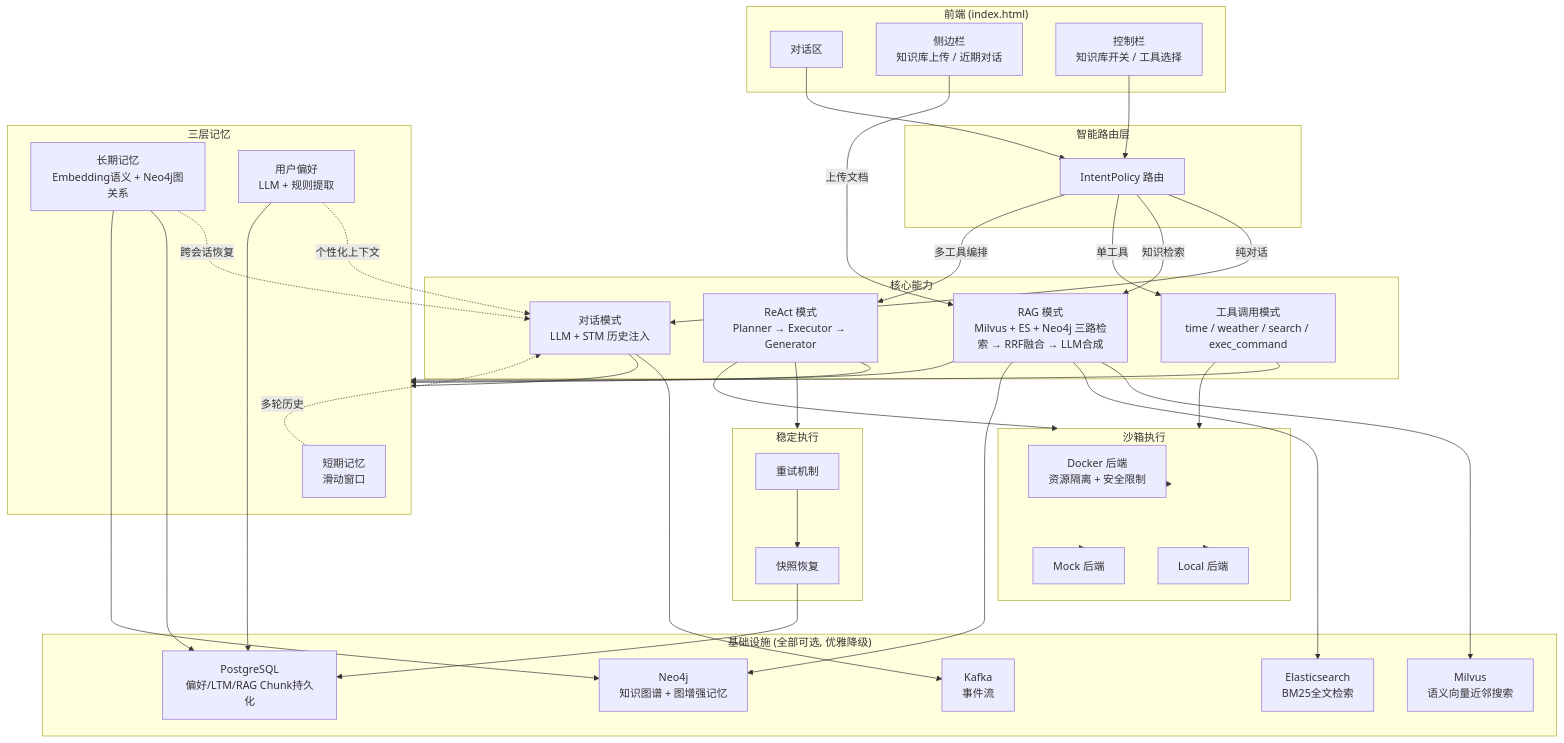
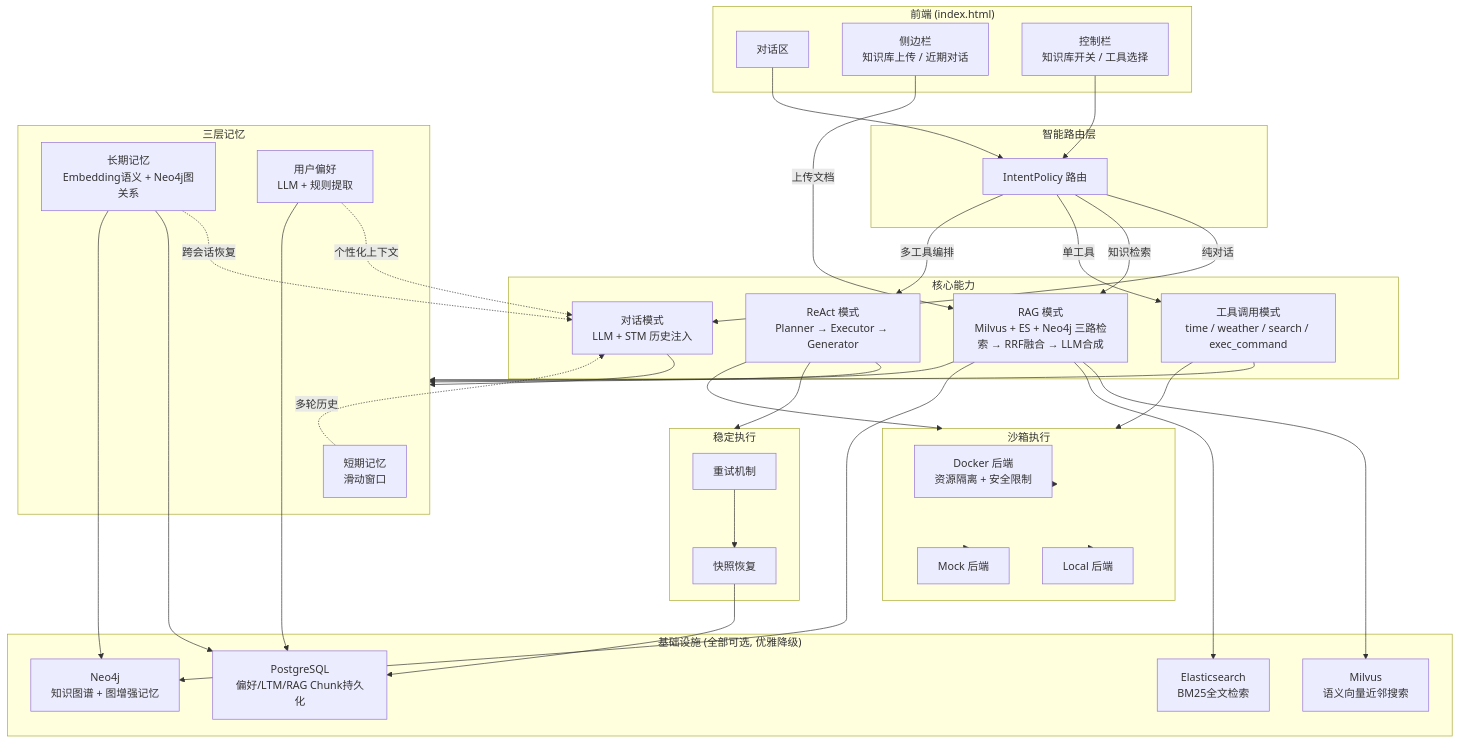
One commit to Venus-Gan/VenAgent changed the first of 3 diagrams in README.md. Above: the diagram before and after it, drawn with Mermaid. The commit also changed other lines of this file and 6 other files, not shown here.

````diff
--- a/README.md
+++ b/README.md
@@ -19,81 +19,79 @@
 ```mermaid
 graph TB
     subgraph Frontend["前端 (index.html)"]
         CHAT["对话区"]
         SIDEBAR["侧边栏<br/>知识库上传 / 近期对话"]
         CTRL["控制栏<br/>知识库开关 / 工具选择"]
     end
 
     subgraph Router["智能路由层"]
         R["IntentPolicy 路由"]
     end
 
     subgraph Core["核心能力"]
         CHAT_ENGINE["对话模式<br/>LLM + STM 历史注入"]
         RAG_ENGINE["RAG 模式<br/>Milvus + ES + Neo4j 三路检索 → RRF融合 → LLM合成"]
         TOOL_ENGINE["工具调用模式<br/>time / weather / search / exec_command"]
         REACT_ENGINE["ReAct 模式<br/>Planner → Executor → Generator"]
     end
 
     subgraph Memory["三层记忆"]
         STM["短期记忆<br/>滑动窗口"]
         LTM["长期记忆<br/>Embedding语义 + Neo4j图关系"]
         PREF["用户偏好<br/>LLM + 规则提取"]
     end
 
     subgraph Harness["稳定执行"]
         RETRY["重试机制"]
         SNAP["快照恢复"]
     end
 
     subgraph Sandbox["沙箱执行"]
         DOCKER["Docker 后端<br/>资源隔离 + 安全限制"]
         LOCAL["Local 后端"]
         MOCK["Mock 后端"]
     end
 
     subgraph Infra["基础设施 (全部可选, 优雅降级)"]
         PG["PostgreSQL<br/>偏好/LTM/RAG Chunk持久化"]
         MIL["Milvus<br/>语义向量近邻搜索"]
         ES["Elasticsearch<br/>BM25全文检索"]
         NEO["Neo4j<br/>知识图谱 + 图增强记忆"]
-        KAFKA["Kafka<br/>事件流"]
     end
 
     CHAT --> R
     CTRL --> R
 
     R -->|纯对话| CHAT_ENGINE
     R -->|知识检索| RAG_ENGINE
     R -->|单工具| TOOL_ENGINE
     R -->|多工具编排| REACT_ENGINE
 
     CHAT_ENGINE --> Memory
     RAG_ENGINE --> Memory
     TOOL_ENGINE --> Memory
     REACT_ENGINE --> Memory
     REACT_ENGINE --> Harness
 
     TOOL_ENGINE --> Sandbox
     REACT_ENGINE --> Sandbox
     Sandbox --> DOCKER
     Sandbox --> LOCAL
     Sandbox --> MOCK
 
     RETRY --> SNAP
     SNAP --> PG
 
     STM -.->|多轮历史| CHAT_ENGINE
     LTM -.->|跨会话恢复| CHAT_ENGINE
     PREF -.->|个性化上下文| CHAT_ENGINE
 
     LTM --> PG
     LTM --> NEO
     PREF --> PG
     RAG_ENGINE --> MIL
     RAG_ENGINE --> ES
     RAG_ENGINE --> NEO
-    CHAT_ENGINE --> KAFKA
 
     SIDEBAR -->|上传文档| RAG_ENGINE
 ```
````
